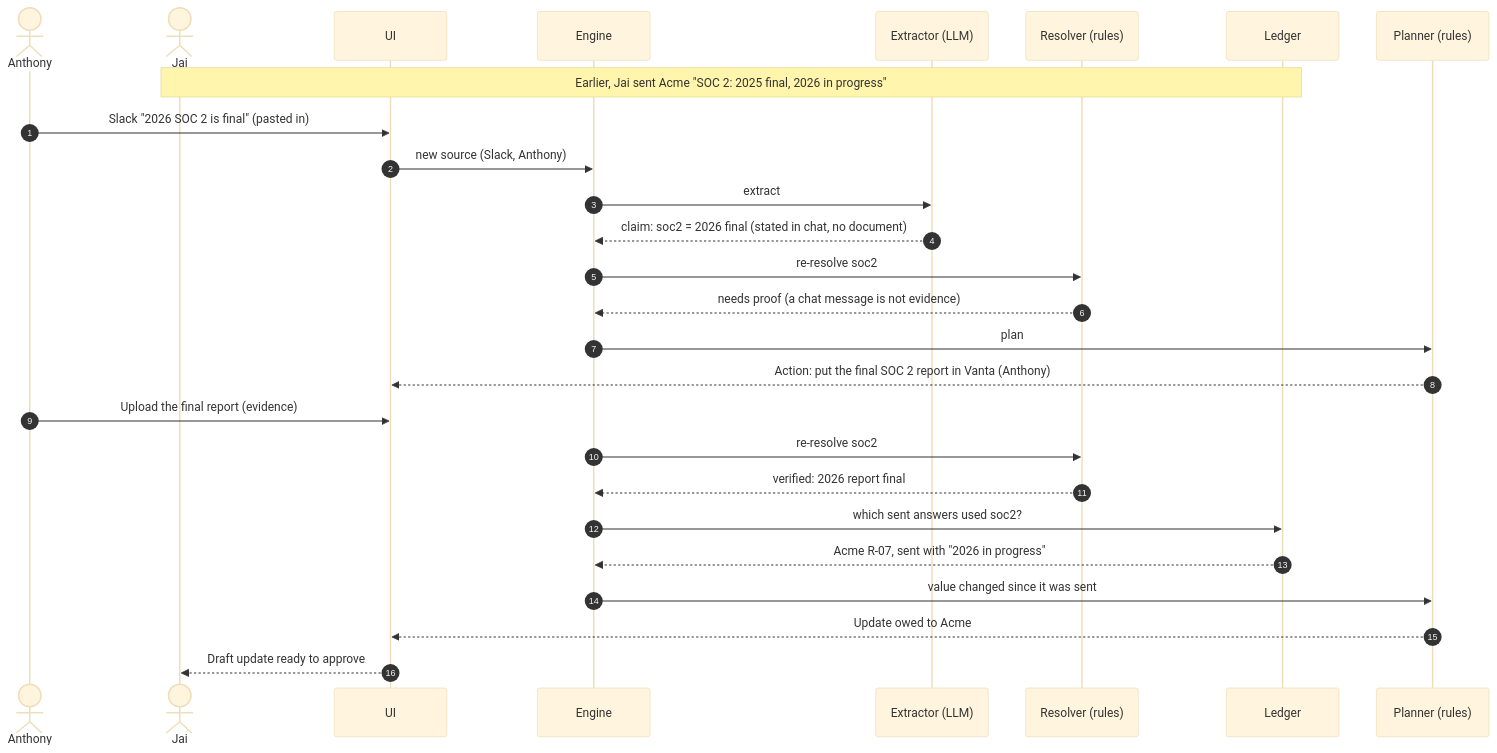
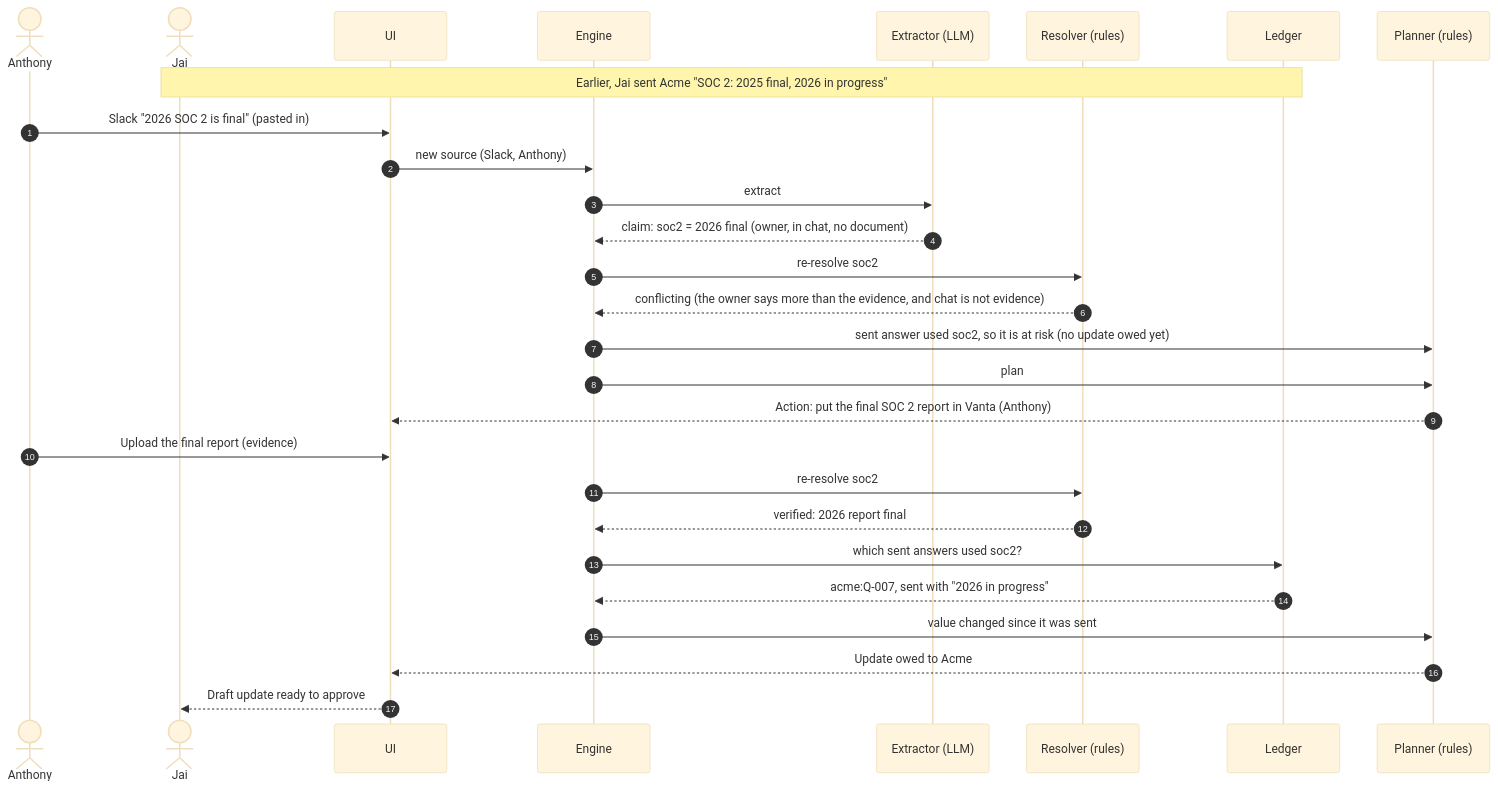
The fifth of 6 diagrams in docs/ARCHITECTURE.md (Whiteknight07/procurement-navigator), drawn with Mermaid (base theme) before and after one commit. The commit also changed other lines of this file and 225 other files, not shown here.

````diff
--- a/docs/ARCHITECTURE.md
+++ b/docs/ARCHITECTURE.md
@@ -153,29 +160,30 @@
 ```mermaid
 sequenceDiagram
   autonumber
   actor Anthony
   actor Jai
   participant UI as UI
   participant E as Engine
   participant X as Extractor (LLM)
   participant R as Resolver (rules)
   participant L as Ledger
   participant P as Planner (rules)
   Note over Jai,L: Earlier, Jai sent Acme "SOC 2: 2025 final, 2026 in progress"
   Anthony->>UI: Slack "2026 SOC 2 is final" (pasted in)
   UI->>E: new source (Slack, Anthony)
   E->>X: extract
-  X-->>E: claim: soc2 = 2026 final (stated in chat, no document)
+  X-->>E: claim: soc2 = 2026 final (owner, in chat, no document)
   E->>R: re-resolve soc2
-  R-->>E: needs proof (a chat message is not evidence)
+  R-->>E: conflicting (the owner says more than the evidence, and chat is not evidence)
+  E->>P: sent answer used soc2, so it is at risk (no update owed yet)
   E->>P: plan
   P-->>UI: Action: put the final SOC 2 report in Vanta (Anthony)
   Anthony->>UI: Upload the final report (evidence)
   E->>R: re-resolve soc2
   R-->>E: verified: 2026 report final
   E->>L: which sent answers used soc2?
-  L-->>E: Acme R-07, sent with "2026 in progress"
+  L-->>E: acme:Q-007, sent with "2026 in progress"
   E->>P: value changed since it was sent
   P-->>UI: Update owed to Acme
   UI-->>Jai: Draft update ready to approve
 ```
````
